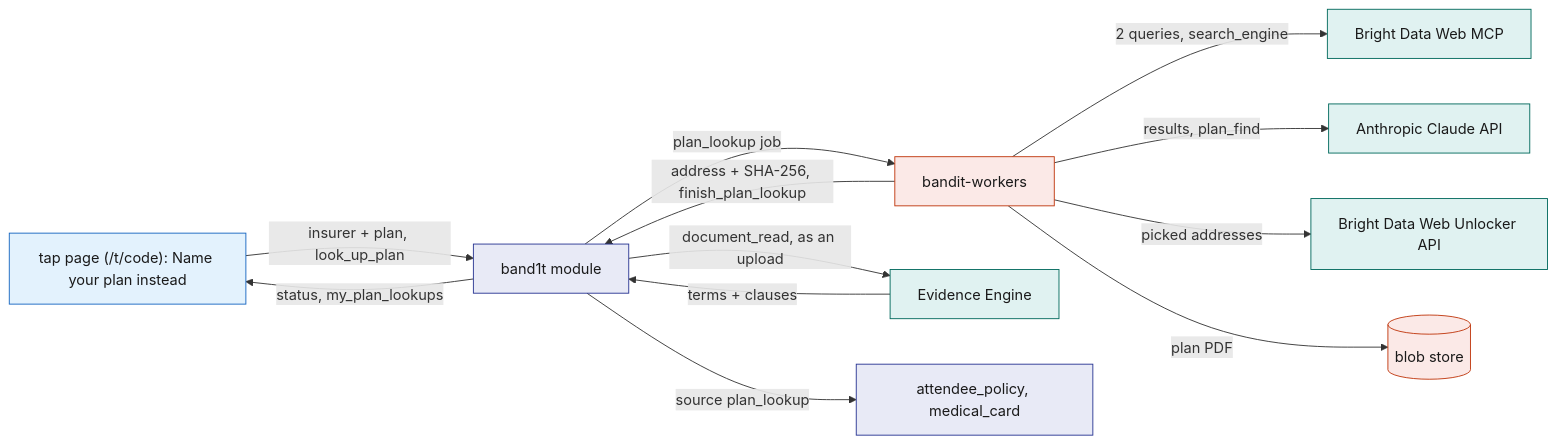
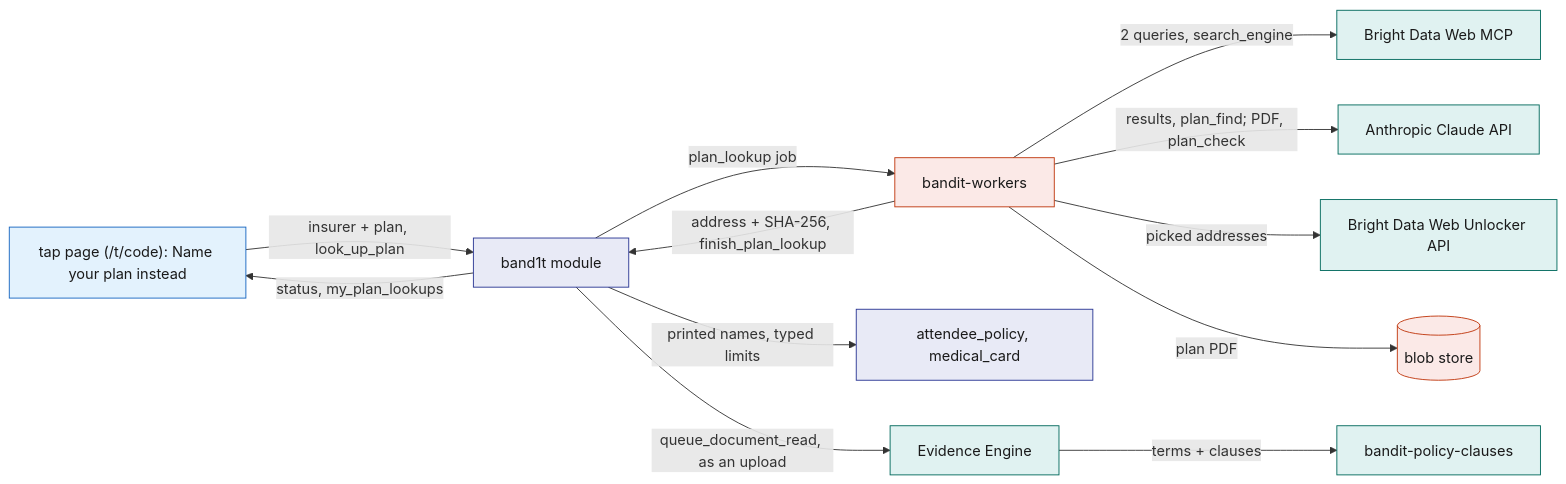
One commit to viktorinkov/cal-hacks-13 changed the fifth of 7 diagrams in System Design/7-integrations/Bright-Data.md. Above: the diagram before and after it, drawn with Mermaid. The commit also changed other lines of this file and 2 other files, not shown here.

Commit message:
system design: plan lookup checks what the PDF prints

````diff
--- a/System Design/7-integrations/Bright-Data.md
+++ b/System Design/7-integrations/Bright-Data.md
@@ -282,22 +284,22 @@
 ```mermaid
 flowchart LR
   TAP["tap page (/t/code): Name your plan instead"] -->|"insurer + plan, look_up_plan"| MOD["band1t module"]
   MOD -->|"plan_lookup job"| W["bandit-workers"]
   W -->|"2 queries, search_engine"| MCP["Bright Data Web MCP"]
-  W -->|"results, plan_find"| CL["Anthropic Claude API"]
+  W -->|"results, plan_find; PDF, plan_check"| CL["Anthropic Claude API"]
   W -->|"picked addresses"| WU["Bright Data Web Unlocker API"]
   W -->|"plan PDF"| BLOB[("blob store")]
   W -->|"address + SHA-256, finish_plan_lookup"| MOD
-  MOD -->|"document_read, as an upload"| EE["Evidence Engine"]
-  EE -->|"terms + clauses"| MOD
-  MOD -->|"source plan_lookup"| POL["attendee_policy, medical_card"]
+  MOD -->|"printed names, typed limits"| POL["attendee_policy, medical_card"]
+  MOD -->|"queue_document_read, as an upload"| EE["Evidence Engine"]
+  EE -->|"terms + clauses"| CLS["bandit-policy-clauses"]
   MOD -->|"status, my_plan_lookups"| TAP
   classDef ext fill:#E0F2F1,stroke:#00695C,color:#1A1A1A
   classDef web fill:#E3F2FD,stroke:#1565C0,color:#1A1A1A
   classDef stdb fill:#E8EAF6,stroke:#283593,color:#1A1A1A
   classDef rust fill:#FBE9E7,stroke:#BF360C,color:#1A1A1A
-  class MCP,CL,WU,EE ext
+  class MCP,CL,WU,EE,CLS ext
   class TAP web
   class MOD,POL stdb
   class W,BLOB rust
 ```
````
